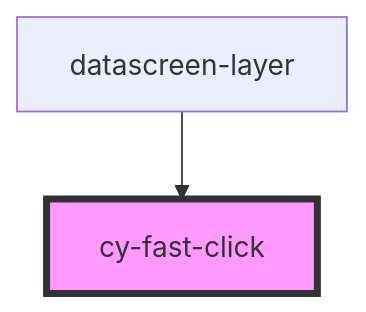
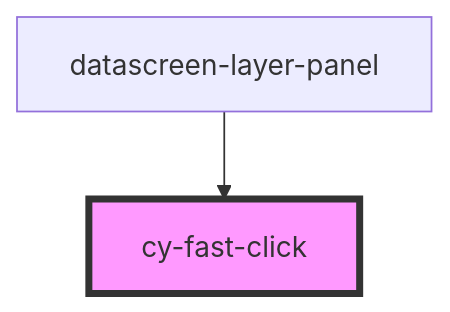
Before and after one commit to 1337968347/DataScreen: the diagram in src/components/cy-fast-click/readme.md, drawn with Mermaid. The commit also changed other lines of this file and 19 other files, not shown here.

````diff
--- a/src/components/cy-fast-click/readme.md
+++ b/src/components/cy-fast-click/readme.md
@@ -22,5 +22,5 @@
 ```mermaid
 graph TD;
-  datascreen-layer --> cy-fast-click
+  datascreen-layer-panel --> cy-fast-click
   style cy-fast-click fill:#f9f,stroke:#333,stroke-width:4px
 ```
````
